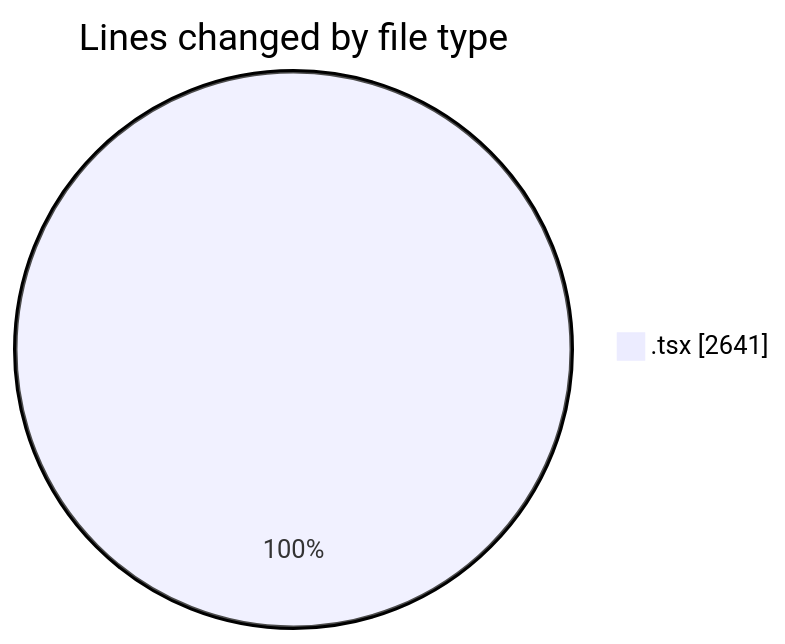
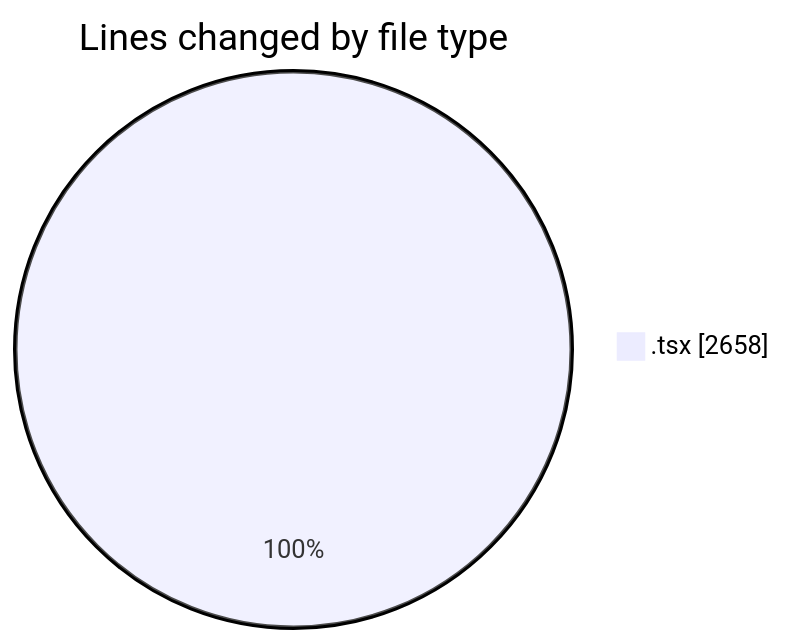
Before and after one commit to momahboobian/code-tracking: the first of 2 diagrams in 2025-06-13/cda/README.md, drawn with Mermaid. The commit also changed other lines of this file and 1 other file, not shown here.

````diff
--- a/2025-06-13/cda/README.md
+++ b/2025-06-13/cda/README.md
@@ -26,5 +26,5 @@
 ```mermaid
 pie showData
 title Lines changed by file type
-".tsx" : 2641
+".tsx" : 2658
 ```
````
